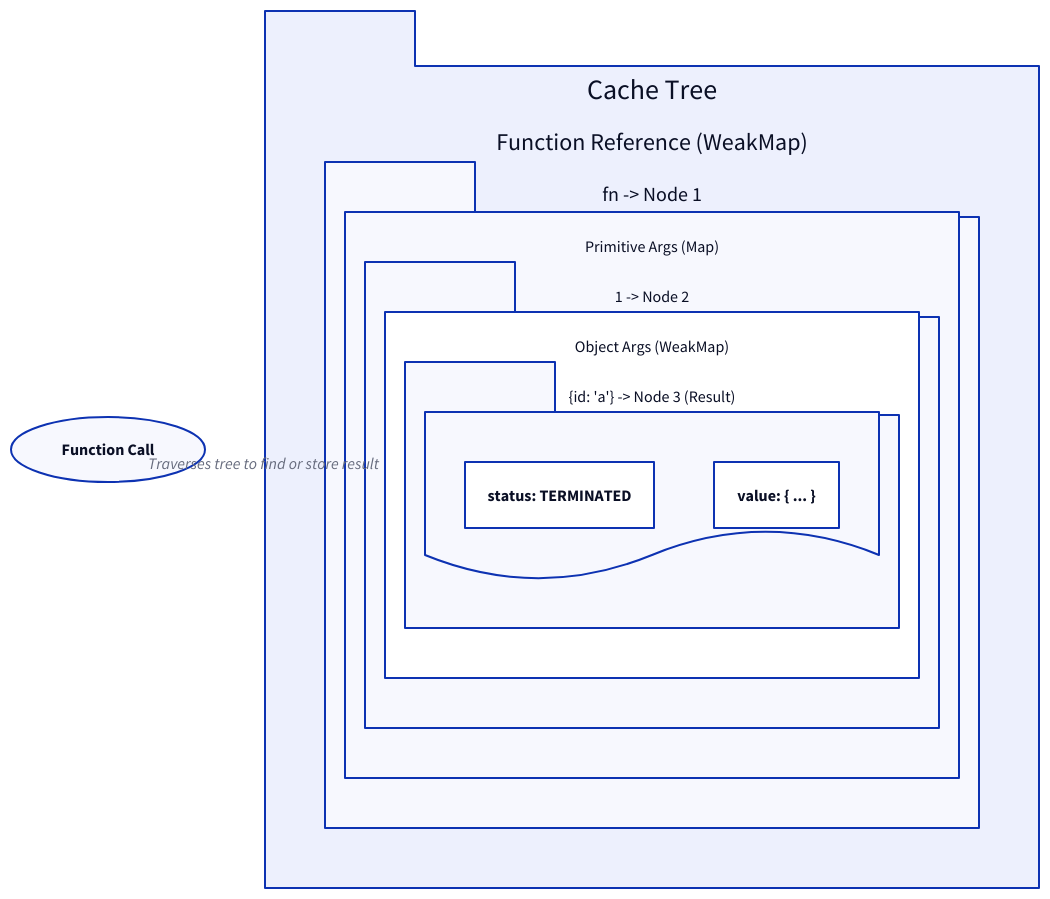
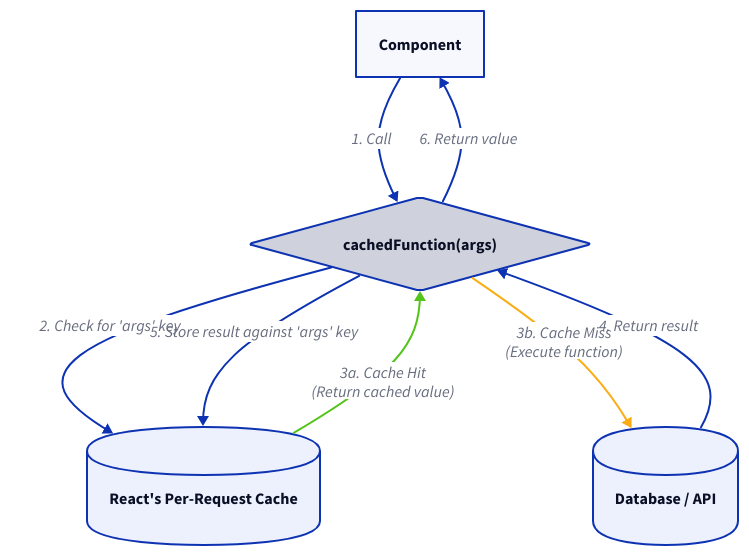
Before and after one commit to lban2049/react: the diagram in packages/react/.aigne/doc-smith/docs/advanced-caching.md, drawn with D2. The commit also changed other lines of this file and 46 other files, not shown here.

````diff
--- a/packages/react/.aigne/doc-smith/docs/advanced-caching.md
+++ b/packages/react/.aigne/doc-smith/docs/advanced-caching.md
@@ -53,42 +59,41 @@
 ```d2
 direction: down
 
-call: "cachedFn(1, { id: 'a' })" {
-  label: "Function Call"
-  shape: oval
+Component: {
+  shape: rectangle
 }
 
-tree: "Cache Tree" {
-  shape: package
-  grid-columns: 1
-
-  fn_ref: "Function Reference (WeakMap)" {
-    shape: package
-
-    fn_node: "fn -> Node 1" {
-      shape: rectangle
-      
-      primitive_args: "Primitive Args (Map)" {
-        shape: package
-
-        primitive_node: "1 -> Node 2" {
-          shape: rectangle
-          
-          object_args: "Object Args (WeakMap)" {
-            shape: package
-
-            result_node: "{id: 'a'} -> Node 3 (Result)" {
-              shape: document
-              "status: TERMINATED"
-              "value: { ... }"
-            }
-          }
-        }
-      }
-    }
-  }
+Cache-Storage: {
+  label: "React's Per-Request Cache"
+  shape: cylinder
 }
 
-call -> tree.fn_ref: "Traverses tree to find or store result"
+Data-Source: {
+  label: "Database / API"
+  shape: cylinder
+}
+
+cachedFunction: {
+  label: "cachedFunction(args)"
+  shape: diamond
+}
+
+Component -> cachedFunction: "1. Call"
+
+cachedFunction -> Cache-Storage: "2. Check for 'args' key"
+
+Cache-Storage -> cachedFunction: "3a. Cache Hit\n(Return cached value)" {
+  style.stroke: "#52c41a"
+}
+
+cachedFunction -> Data-Source: "3b. Cache Miss\n(Execute function)" {
+  style.stroke: "#faad14"
+}
+
+Data-Source -> cachedFunction: "4. Return result"
+
+cachedFunction -> Cache-Storage: "5. Store result against 'args' key"
+
+cachedFunction -> Component: "6. Return value"
 
 ```
````
